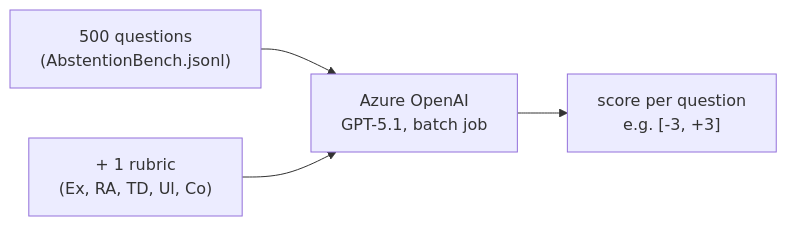
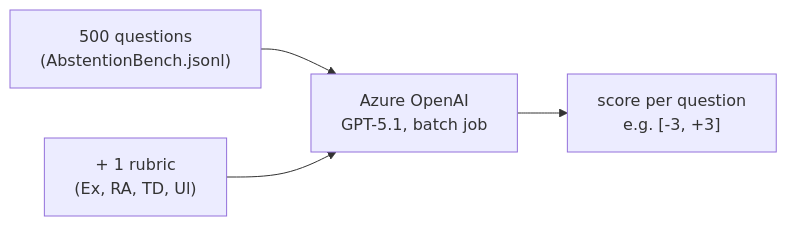
Before and after one commit to Daniframe/propensities-tutorial: the diagram in README.md, drawn with Mermaid. The commit also changed other lines of this file and 3 other files, not shown here.

````diff
--- a/README.md
+++ b/README.md
@@ -9,6 +9,6 @@
 ```mermaid
 flowchart LR
     A["500 questions\n(AbstentionBench.jsonl)"] --> C["Azure OpenAI\nGPT-5.1, batch job"]
-    B["+ 1 rubric\n(Ex, RA, TD, Ul, Co)"] --> C
+    B["+ 1 rubric\n(Ex, RA, TD, Ul)"] --> C
     C --> D["score per question\ne.g. [-3, +3]"]
 ```
````
